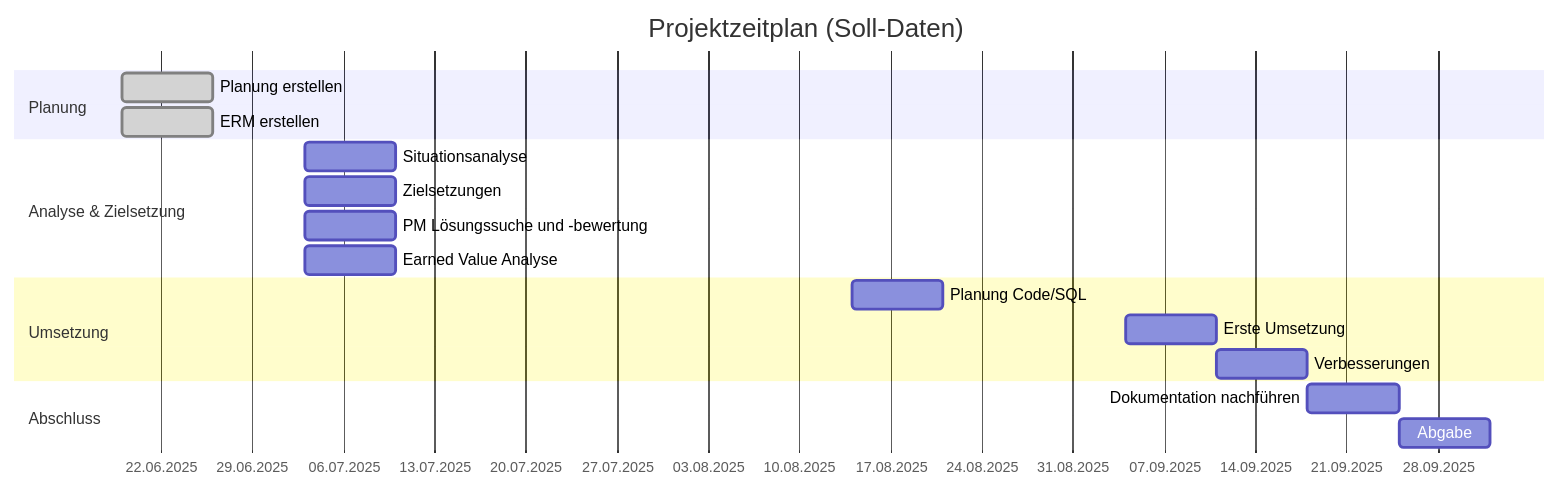
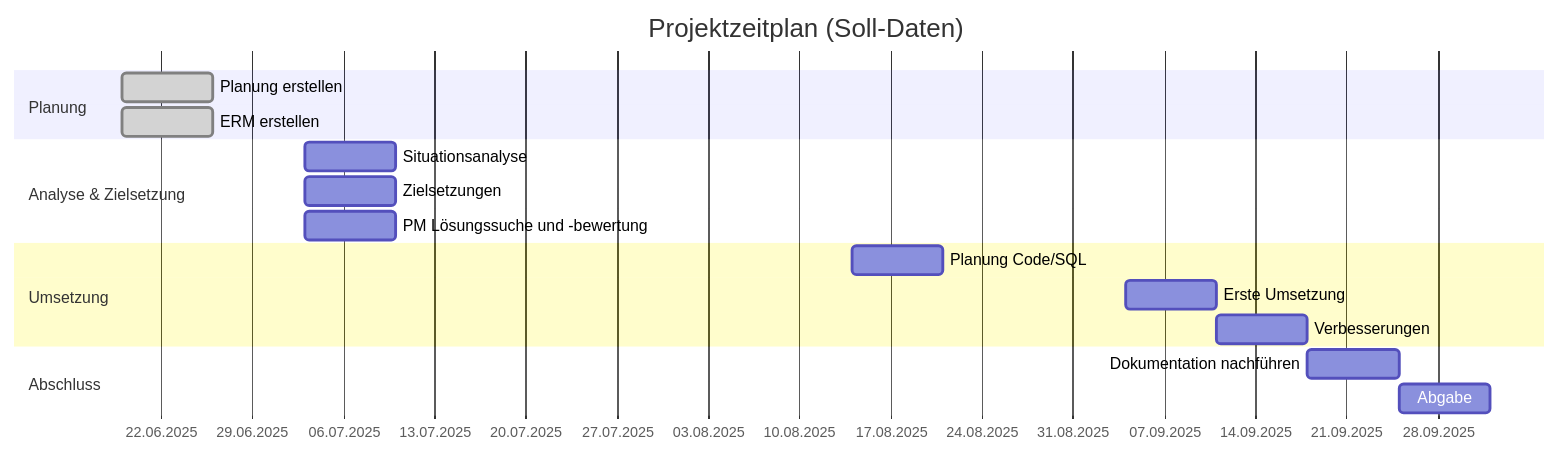
One commit to DevSevi/ERPLittleFlower changed the first of 3 diagrams in dokumentation/Arbeitsdokumentation.md. Above: the diagram before and after it, drawn with Mermaid. The commit also changed other lines of this file and 13 other files, not shown here.

````diff
--- a/dokumentation/Arbeitsdokumentation.md
+++ b/dokumentation/Arbeitsdokumentation.md
@@ -127,25 +126,24 @@
 ```mermaid
 gantt
     title Projektzeitplan (Soll-Daten)
     dateFormat  YYYY-MM-DD
     axisFormat  %d.%m.%Y
 
     section Planung
     Planung erstellen                :done, plan1, 2025-06-19, 7d
     ERM erstellen                    :done, plan2, 2025-06-19, 7d
 
     section Analyse & Zielsetzung
     Situationsanalyse                :plan4, 2025-07-03, 7d
     Zielsetzungen                    :plan4, 2025-07-03, 7d
     PM Lösungssuche und -bewertung  :plan5, 2025-07-03, 7d
-    Earned Value Analyse             :plan6, 2025-07-03, 7d
 
     section Umsetzung
     Planung Code/SQL                 :plan7, 2025-08-14, 7d
     Erste Umsetzung                  :plan8, 2025-09-04, 7d
     Verbesserungen                   :plan9, 2025-09-11, 7d
 
     section Abschluss
     Dokumentation nachführen        :plan10, 2025-09-18, 7d
     Abgabe                           :plan11, 2025-09-25, 7d
 ```
````
